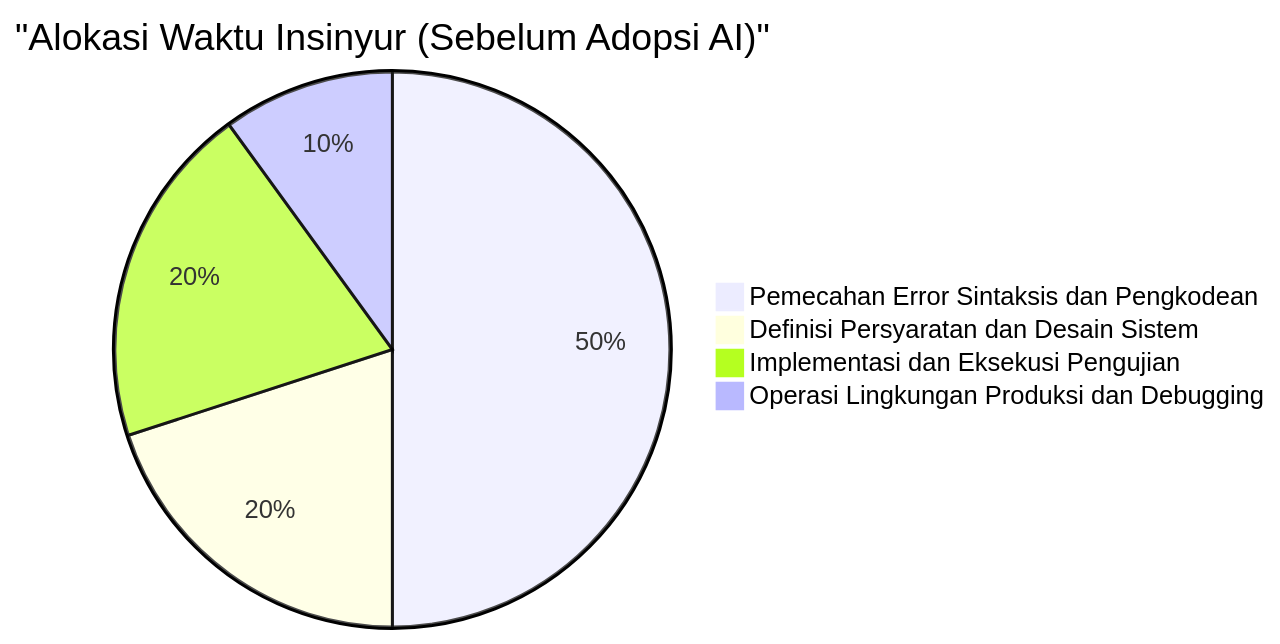
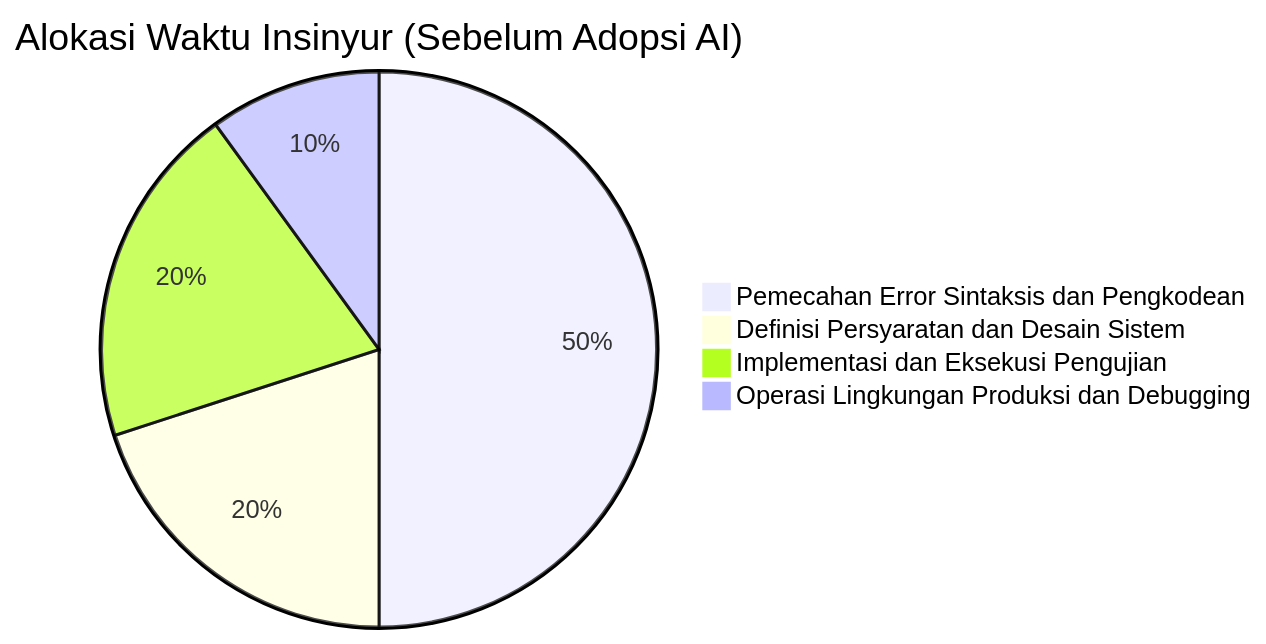
Before and after one commit to kenjinote/blog: the third of 4 diagrams in content/post/human_engineer_skills/index.id.md, drawn with Mermaid. The commit also changed other lines of this file and 703 other files, not shown here.

Commit message:
Fix: Remove quotes from Mermaid link texts and timeline definitions to support Mermaid 11.4.1

````diff
--- a/content/post/human_engineer_skills/index.id.md
+++ b/content/post/human_engineer_skills/index.id.md
@@ -182,7 +182,7 @@
 ```mermaid
-pie title "Alokasi Waktu Insinyur (Sebelum Adopsi AI)"
+pie title Alokasi Waktu Insinyur (Sebelum Adopsi AI)
   "Pemecahan Error Sintaksis dan Pengkodean": 50
   "Definisi Persyaratan dan Desain Sistem": 20
   "Implementasi dan Eksekusi Pengujian": 20
   "Operasi Lingkungan Produksi dan Debugging": 10
 ```
````
